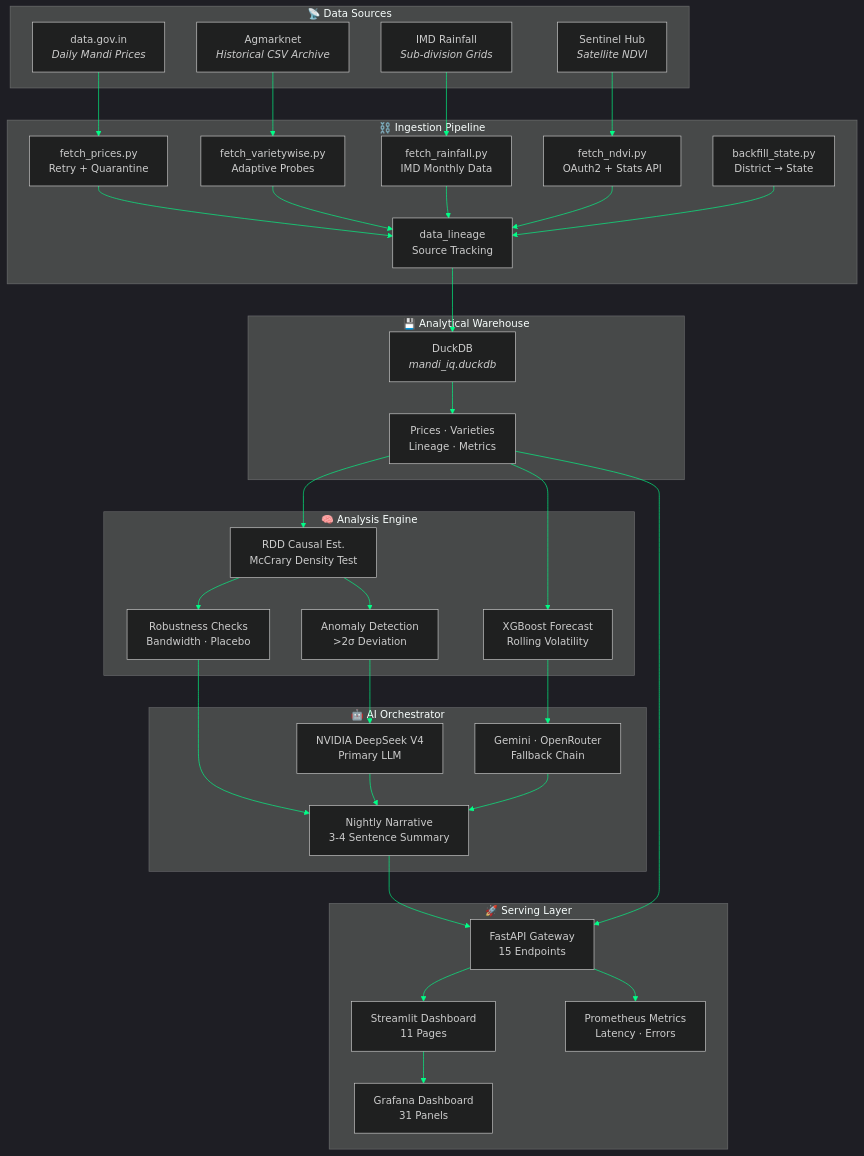
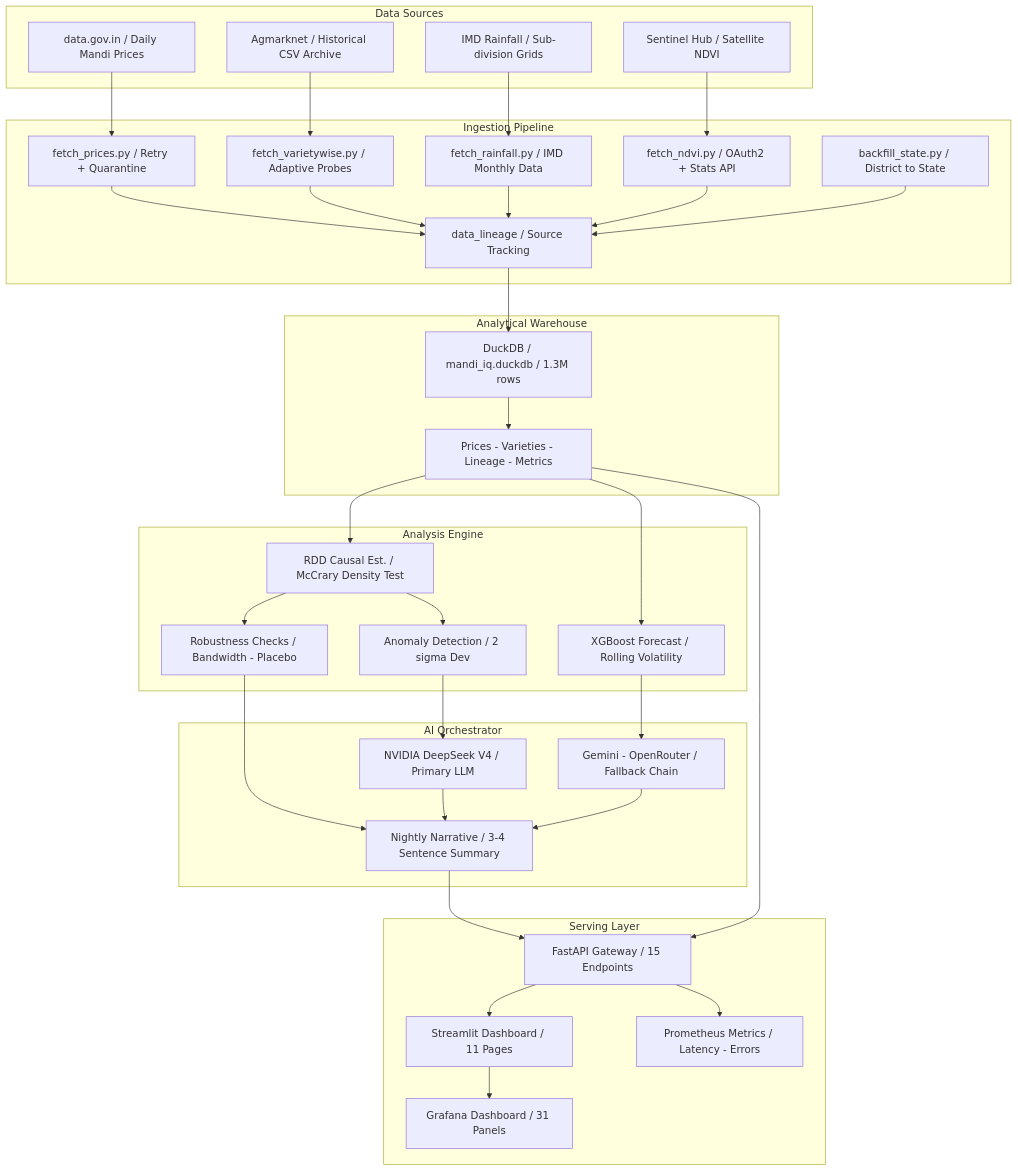
The diagram in README.md (flawsom/test-mandi), drawn with Mermaid before and after one commit. The commit also changed other lines of this file and 3 other files, not shown here.

First line of the commit message:
fix: pre-render architecture diagram to SVG so GitHub renders it correctly

````diff
--- a/README.md
+++ b/README.md
@@ -210,70 +219,69 @@
 ```mermaid
-%%{init: {'theme': 'dark', 'themeVariables': { 'primaryColor': '#0B0F1E', 'primaryTextColor': '#E0E0E0', 'lineColor': '#00FF88', 'secondaryColor': '#1A3A2A', 'tertiaryColor': '#1A1A3A' }}}%%
 flowchart TB
-    subgraph Sources["📡 Data Sources"]
-        A1["data.gov.in<br/><i>Daily Mandi Prices</i>"]
-        A2["Agmarknet<br/><i>Historical CSV Archive</i>"]
-        A3["IMD Rainfall<br/><i>Sub-division Grids</i>"]
-        A4["Sentinel Hub<br/><i>Satellite NDVI</i>"]
+    subgraph Sources["Data Sources"]
+        A1["data.gov.in / Daily Mandi Prices"]
+        A2["Agmarknet / Historical CSV Archive"]
+        A3["IMD Rainfall / Sub-division Grids"]
+        A4["Sentinel Hub / Satellite NDVI"]
     end
 
-    subgraph Ingest["⛓️ Ingestion Pipeline"]
-        B1["fetch_prices.py<br/>Retry + Quarantine"]
-        B2["fetch_varietywise.py<br/>Adaptive Probes"]
-        B3["fetch_rainfall.py<br/>IMD Monthly Data"]
-        B4["fetch_ndvi.py<br/>OAuth2 + Stats API"]
-        B5["backfill_state.py<br/>District → State"]
-        B6["data_lineage<br/>Source Tracking"]
+    subgraph Ingest["Ingestion Pipeline"]
+        B1["fetch_prices.py / Retry + Quarantine"]
+        B2["fetch_varietywise.py / Adaptive Probes"]
+        B3["fetch_rainfall.py / IMD Monthly Data"]
+        B4["fetch_ndvi.py / OAuth2 + Stats API"]
+        B5["backfill_state.py / District to State"]
+        B6["data_lineage / Source Tracking"]
     end
 
-    subgraph Store["💾 Analytical Warehouse"]
-        C1["DuckDB<br/><i>mandi_iq.duckdb</i>"]
-        C2["Prices · Varieties<br/>Lineage · Metrics"]
+    subgraph Store["Analytical Warehouse"]
+        C1["DuckDB / mandi_iq.duckdb / 1.3M rows"]
+        C2["Prices - Varieties - Lineage - Metrics"]
     end
 
-    subgraph Analysis["🧠 Analysis Engine"]
-        D1["RDD Causal Est.<br/>McCrary Density Test"]
-        D2["XGBoost Forecast<br/>Rolling Volatility"]
-        D3["Anomaly Detection<br/>>2σ Deviation"]
-        D4["Robustness Checks<br/>Bandwidth · Placebo"]
+    subgraph Analysis["Analysis Engine"]
+        D1["RDD Causal Est. / McCrary Density Test"]
+        D2["XGBoost Forecast / Rolling Volatility"]
+        D3["Anomaly Detection / 2 sigma Dev"]
+        D4["Robustness Checks / Bandwidth - Placebo"]
     end
 
-    subgraph AI["🤖 AI Orchestrator"]
-        E1["NVIDIA DeepSeek V4<br/>Primary LLM"]
-        E2["Gemini · OpenRouter<br/>Fallback Chain"]
-        E3["Nightly Narrative<br/>3-4 Sentence Summary"]
+    subgraph AI["AI Orchestrator"]
+        E1["NVIDIA DeepSeek V4 / Primary LLM"]
+        E2["Gemini - OpenRouter / Fallback Chain"]
+        E3["Nightly Narrative / 3-4 Sentence Summary"]
     end
 
-    subgraph Serve["🚀 Serving Layer"]
-        F1["FastAPI Gateway<br/>15 Endpoints"]
-        F2["Streamlit Dashboard<br/>11 Pages"]
-        F3["Grafana Dashboard<br/>31 Panels"]
-        F4["Prometheus Metrics<br/>Latency · Errors"]
+    subgraph Serve["Serving Layer"]
+        F1["FastAPI Gateway / 15 Endpoints"]
+        F2["Streamlit Dashboard / 11 Pages"]
+        F3["Grafana Dashboard / 31 Panels"]
+        F4["Prometheus Metrics / Latency - Errors"]
     end
 
     A1 --> B1
     A2 --> B2
     A3 --> B3
     A4 --> B4
     B1 --> B6
     B2 --> B6
     B3 --> B6
     B4 --> B6
     B5 --> B6
     B6 --> C1
     C1 --> C2
     C2 --> D1
     C2 --> D2
     D1 --> D3
     D1 --> D4
     D3 --> E1
     D2 --> E2
     D4 --> E3
     E1 --> E3
     E2 --> E3
     E3 --> F1
     C2 --> F1
     F1 --> F2
     F1 --> F4
     F2 --> F3
 ```
````
